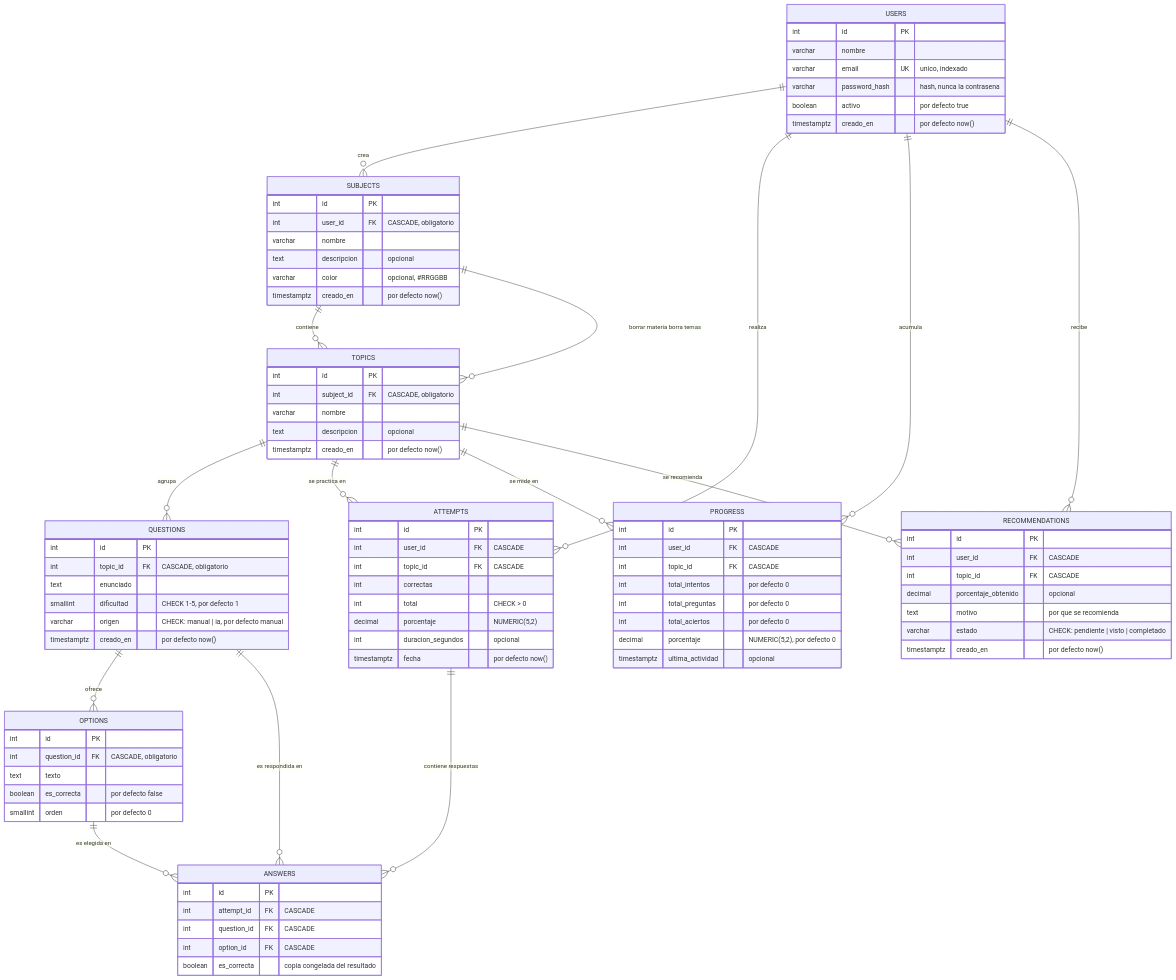
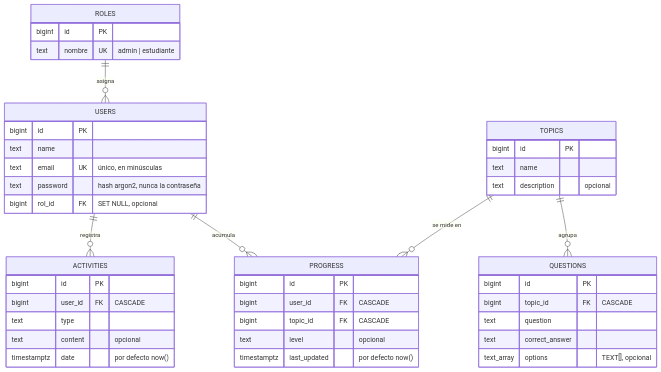
Before and after one commit to Ngmalquin123/StudyIA: the first of 3 diagrams in database/diagrama.md, drawn with Mermaid. The commit also changed other lines of this file and 56 other files, not shown here.

````diff
--- a/database/diagrama.md
+++ b/database/diagrama.md
@@ -8,104 +8,53 @@
 ```mermaid
 erDiagram
-    USERS ||--o{ SUBJECTS       : "crea"
-    USERS ||--o{ ATTEMPTS       : "realiza"
+    ROLES ||--o{ USERS          : "asigna"
+
     USERS ||--o{ PROGRESS       : "acumula"
-    USERS ||--o{ RECOMMENDATIONS : "recibe"
-
-    SUBJECTS ||--o{ TOPICS      : "contiene"
-    SUBJECTS ||--o{ TOPICS      : "borrar materia borra temas"
+    USERS ||--o{ ACTIVITIES     : "registra"
 
     TOPICS ||--o{ QUESTIONS     : "agrupa"
-    TOPICS ||--o{ ATTEMPTS      : "se practica en"
     TOPICS ||--o{ PROGRESS      : "se mide en"
-    TOPICS ||--o{ RECOMMENDATIONS : "se recomienda"
 
-    QUESTIONS ||--o{ OPTIONS    : "ofrece"
-    QUESTIONS ||--o{ ANSWERS    : "es respondida en"
-
-    ATTEMPTS ||--o{ ANSWERS     : "contiene respuestas"
-    OPTIONS ||--o{ ANSWERS      : "es elegida en"
+    ROLES {
+        bigint      id       PK
+        text        nombre   UK "admin | estudiante"
+    }
 
     USERS {
-        int         id           PK
-        varchar     nombre
-        varchar     email        UK "unico, indexado"
-        varchar     password_hash "hash, nunca la contrasena"
-        boolean     activo       "por defecto true"
-        timestamptz creado_en    "por defecto now()"
-    }
-
-    SUBJECTS {
-        int         id           PK
-        int         user_id      FK "CASCADE, obligatorio"
-        varchar     nombre
-        text        descripcion  "opcional"
-        varchar     color        "opcional, #RRGGBB"
-        timestamptz creado_en    "por defecto now()"
+        bigint      id       PK
+        text        name
+        text        email    UK "único, en minúsculas"
+        text        password "hash argon2, nunca la contraseña"
+        bigint      rol_id   FK "SET NULL, opcional"
     }
 
     TOPICS {
-        int         id           PK
-        int         subject_id   FK "CASCADE, obligatorio"
-        varchar     nombre
-        text        descripcion  "opcional"
-        timestamptz creado_en    "por defecto now()"
+        bigint      id           PK
+        text        name
+        text        description  "opcional"
     }
 
     QUESTIONS {
-        int         id           PK
-        int         topic_id     FK "CASCADE, obligatorio"
-        text        enunciado
-        smallint    dificultad   "CHECK 1-5, por defecto 1"
-        varchar     origen       "CHECK: manual | ia, por defecto manual"
-        timestamptz creado_en    "por defecto now()"
-    }
-
-    OPTIONS {
-        int         id           PK
-        int         question_id  FK "CASCADE, obligatorio"
-        text        texto
-        boolean     es_correcta  "por defecto false"
-        smallint    orden        "por defecto 0"
-    }
-
-    ATTEMPTS {
-        int         id               PK
-        int         user_id          FK "CASCADE"
-        int         topic_id         FK "CASCADE"
-        int         correctas
-        int         total            "CHECK > 0"
-        decimal     porcentaje       "NUMERIC(5,2)"
-        int         duracion_segundos "opcional"
-        timestamptz fecha            "por defecto now()"
-    }
-
-    ANSWERS {
-        int         id           PK
-        int         attempt_id   FK "CASCADE"
-        int         question_id  FK "CASCADE"
-        int         option_id    FK "CASCADE"
-        boolean     es_correcta  "copia congelada del resultado"
+        bigint      id              PK
+        bigint      topic_id        FK "CASCADE"
+        text        question
+        text        correct_answer
+        text_array  options         "TEXT[], opcional"
     }
 
     PROGRESS {
-        int         id                PK
-        int         user_id           FK "CASCADE"
-        int         topic_id          FK "CASCADE"
-        int         total_intentos    "por defecto 0"
-        int         total_preguntas   "por defecto 0"
-        int         total_aciertos    "por defecto 0"
-        decimal     porcentaje        "NUMERIC(5,2), por defecto 0"
-        timestamptz ultima_actividad  "opcional"
+        bigint      id            PK
+        bigint      user_id       FK "CASCADE"
+        bigint      topic_id      FK "CASCADE"
+        text        level         "opcional"
+        timestamptz last_updated  "por defecto now()"
     }
 
-    RECOMMENDATIONS {
-        int         id                 PK
-        int         user_id            FK "CASCADE"
-        int         topic_id           FK "CASCADE"
-        decimal     porcentaje_obtenido "opcional"
-        text        motivo             "por que se recomienda"
-        varchar     estado             "CHECK: pendiente | visto | completado"
-        timestamptz creado_en         "por defecto now()"
+    ACTIVITIES {
+        bigint      id       PK
+        bigint      user_id  FK "CASCADE"
+        text        type
+        text        content  "opcional"
+        timestamptz date     "por defecto now()"
     }
 ```
````
